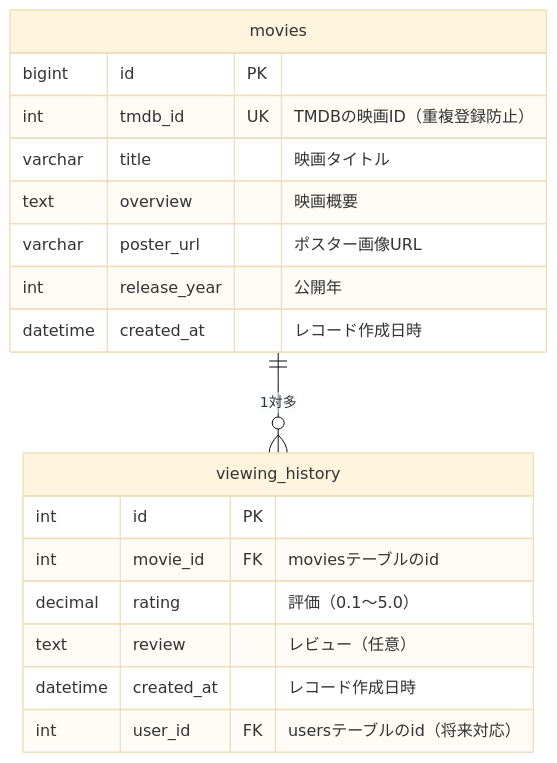
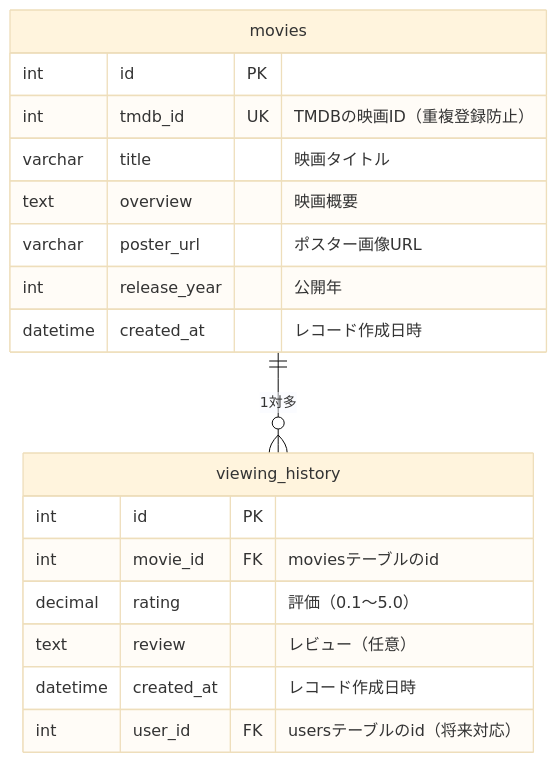
Before and after one commit to yamahiro20639/cinetrail: the diagram in docs/03_DB詳細設計書.md, drawn with Mermaid (base theme). The commit also changed other lines of this file, not shown here.

````diff
--- a/docs/03_DB詳細設計書.md
+++ b/docs/03_DB詳細設計書.md
@@ -53,21 +53,21 @@
 ```mermaid
 erDiagram
     movies {
-        bigint id PK
+        int id PK
         int tmdb_id UK "TMDBの映画ID（重複登録防止）"
         varchar title "映画タイトル"
         text overview "映画概要"
         varchar poster_url "ポスター画像URL"
         int release_year "公開年"
         datetime created_at "レコード作成日時"
     }
     viewing_history {
         int id PK
         int movie_id FK "moviesテーブルのid"
         decimal rating "評価（0.1〜5.0）"
         text review "レビュー（任意）"
         datetime created_at "レコード作成日時"
         int user_id FK "usersテーブルのid（将来対応）"
     }
     movies ||--o{ viewing_history : "1対多"
 ```
````
